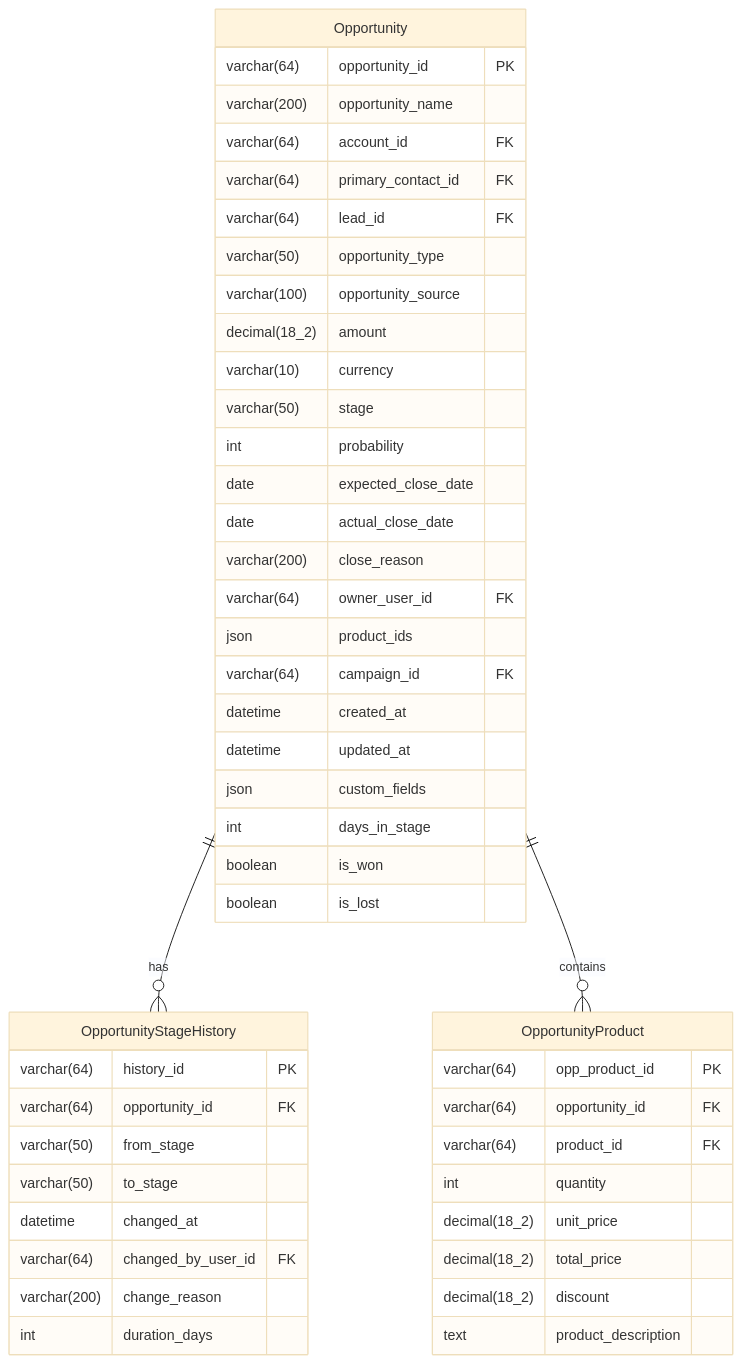
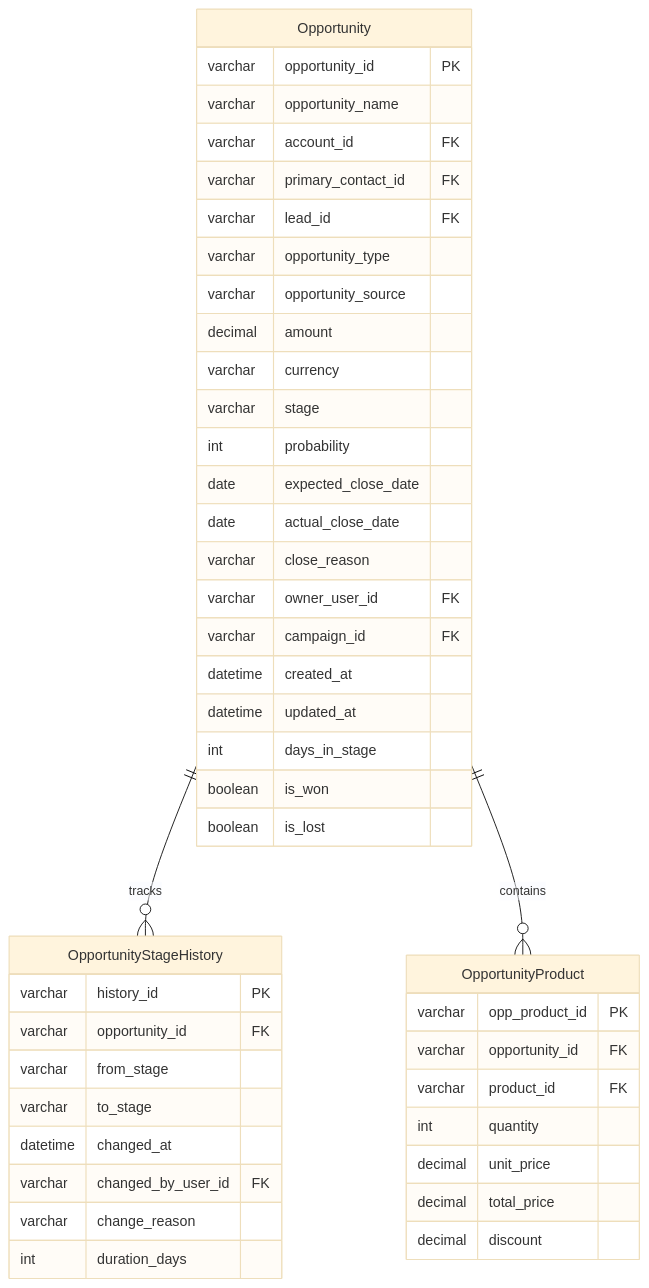
Before and after one commit to 312268112/advanced-java: the sixth of 25 diagrams in docs/b2b-cdp-entity-design.md, drawn with Mermaid (base theme). The commit also changed other lines of this file, not shown here.

````diff
--- a/docs/b2b-cdp-entity-design.md
+++ b/docs/b2b-cdp-entity-design.md
@@ -364,53 +371,50 @@
 ```mermaid
 erDiagram
-    Opportunity ||--o{ OpportunityStageHistory : "has"
-    Opportunity ||--o{ OpportunityProduct : "contains"
+    Opportunity ||--o{ OpportunityStageHistory : tracks
+    Opportunity ||--o{ OpportunityProduct : contains
     
     Opportunity {
-        varchar(64) opportunity_id PK
-        varchar(200) opportunity_name
-        varchar(64) account_id FK
-        varchar(64) primary_contact_id FK
-        varchar(64) lead_id FK
-        varchar(50) opportunity_type
-        varchar(100) opportunity_source
-        decimal(18_2) amount
-        varchar(10) currency
-        varchar(50) stage
+        varchar opportunity_id PK
+        varchar opportunity_name
+        varchar account_id FK
+        varchar primary_contact_id FK
+        varchar lead_id FK
+        varchar opportunity_type
+        varchar opportunity_source
+        decimal amount
+        varchar currency
+        varchar stage
         int probability
         date expected_close_date
         date actual_close_date
-        varchar(200) close_reason
-        varchar(64) owner_user_id FK
-        json product_ids
-        varchar(64) campaign_id FK
+        varchar close_reason
+        varchar owner_user_id FK
+        varchar campaign_id FK
         datetime created_at
         datetime updated_at
-        json custom_fields
         int days_in_stage
         boolean is_won
         boolean is_lost
     }
     
     OpportunityStageHistory {
-        varchar(64) history_id PK
-        varchar(64) opportunity_id FK
-        varchar(50) from_stage
-        varchar(50) to_stage
+        varchar history_id PK
+        varchar opportunity_id FK
+        varchar from_stage
+        varchar to_stage
         datetime changed_at
-        varchar(64) changed_by_user_id FK
-        varchar(200) change_reason
+        varchar changed_by_user_id FK
+        varchar change_reason
         int duration_days
     }
     
     OpportunityProduct {
-        varchar(64) opp_product_id PK
-        varchar(64) opportunity_id FK
-        varchar(64) product_id FK
+        varchar opp_product_id PK
+        varchar opportunity_id FK
+        varchar product_id FK
         int quantity
-        decimal(18_2) unit_price
-        decimal(18_2) total_price
-        decimal(18_2) discount
-        text product_description
+        decimal unit_price
+        decimal total_price
+        decimal discount
     }
 ```
````
